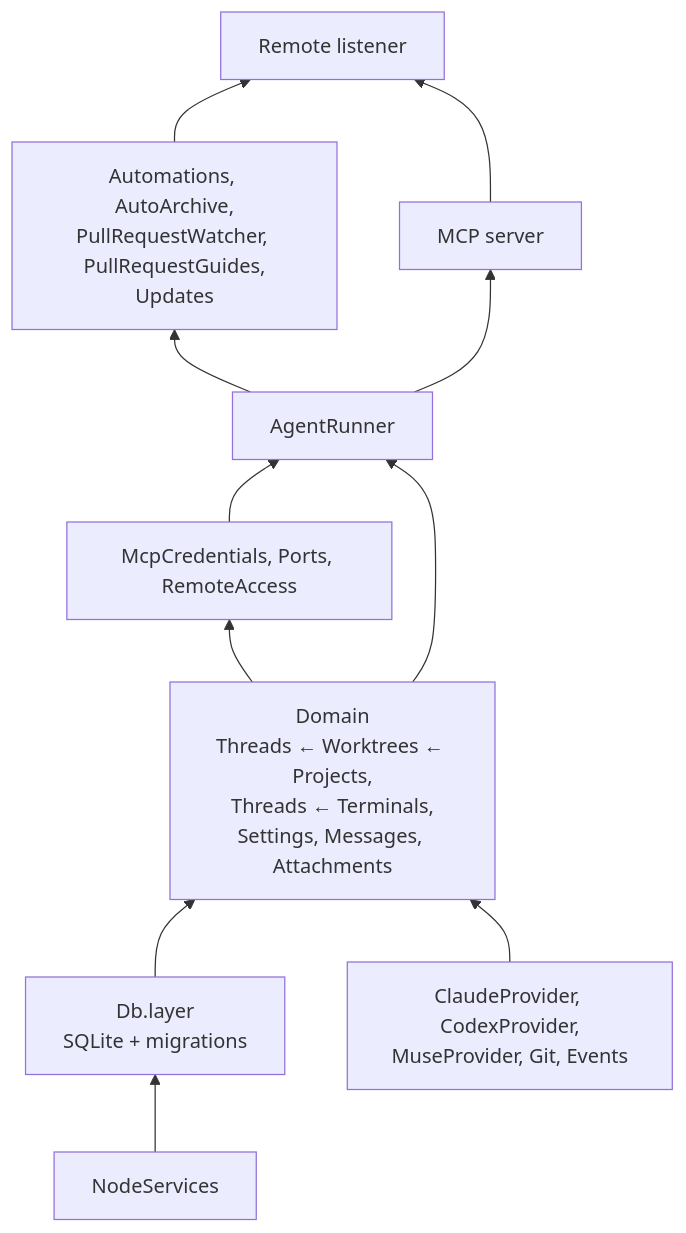
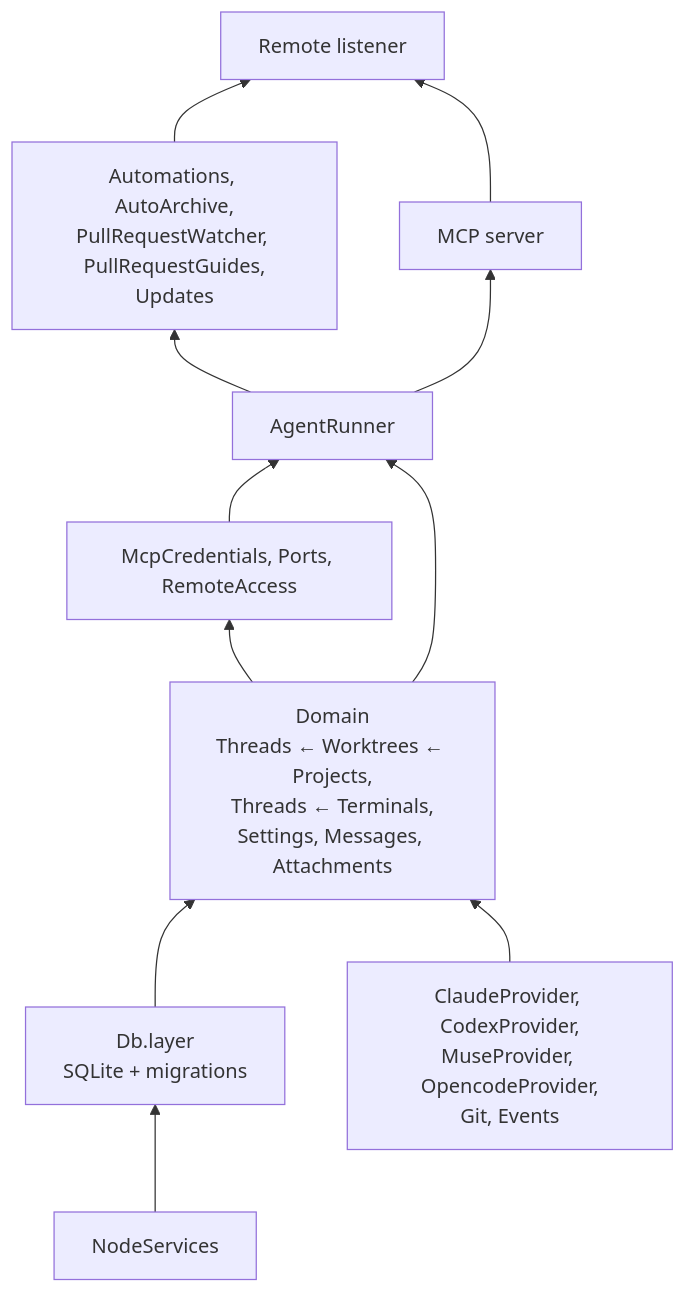
The fourth of 17 diagrams in docs/arch.md (hinadev-ai/hinacode), drawn with Mermaid before and after one commit. The commit also changed other lines of this file and 4 other files, not shown here.

Commit message:
docs: describe the opencode provider

````diff
--- a/docs/arch.md
+++ b/docs/arch.md
@@ -122,20 +122,20 @@
 ```mermaid
 flowchart BT
   node["NodeServices"]
   db["Db.layer<br/>SQLite + migrations"]
-  infra["ClaudeProvider, CodexProvider,<br/>MuseProvider, Git, Events"]
+  infra["ClaudeProvider, CodexProvider,<br/>MuseProvider, OpencodeProvider,<br/>Git, Events"]
   domain["Domain<br/>Threads ← Worktrees ← Projects,<br/>Threads ← Terminals,<br/>Settings, Messages, Attachments"]
   features["McpCredentials, Ports, RemoteAccess"]
   runner["AgentRunner"]
   autos["Automations, AutoArchive,<br/>PullRequestWatcher, PullRequestGuides,<br/>Updates"]
   mcp["MCP server"]
   remote["Remote listener"]
 
   node --> db --> domain
   infra --> domain
   domain --> features --> runner
   domain --> runner
   runner --> autos
   runner --> mcp
   autos & mcp --> remote
 ```
````
